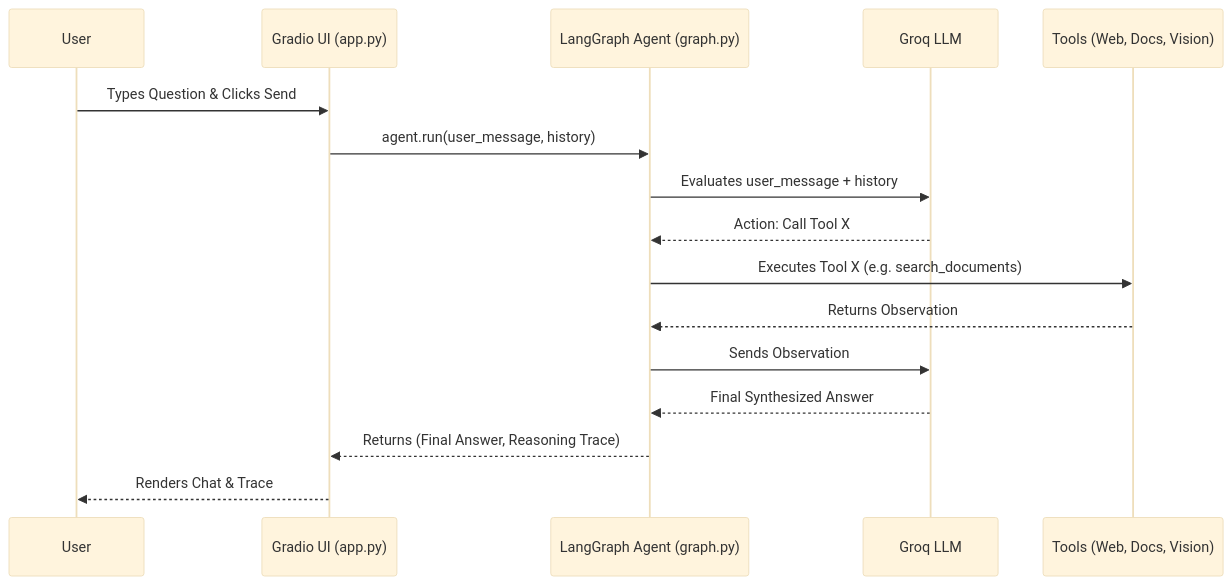
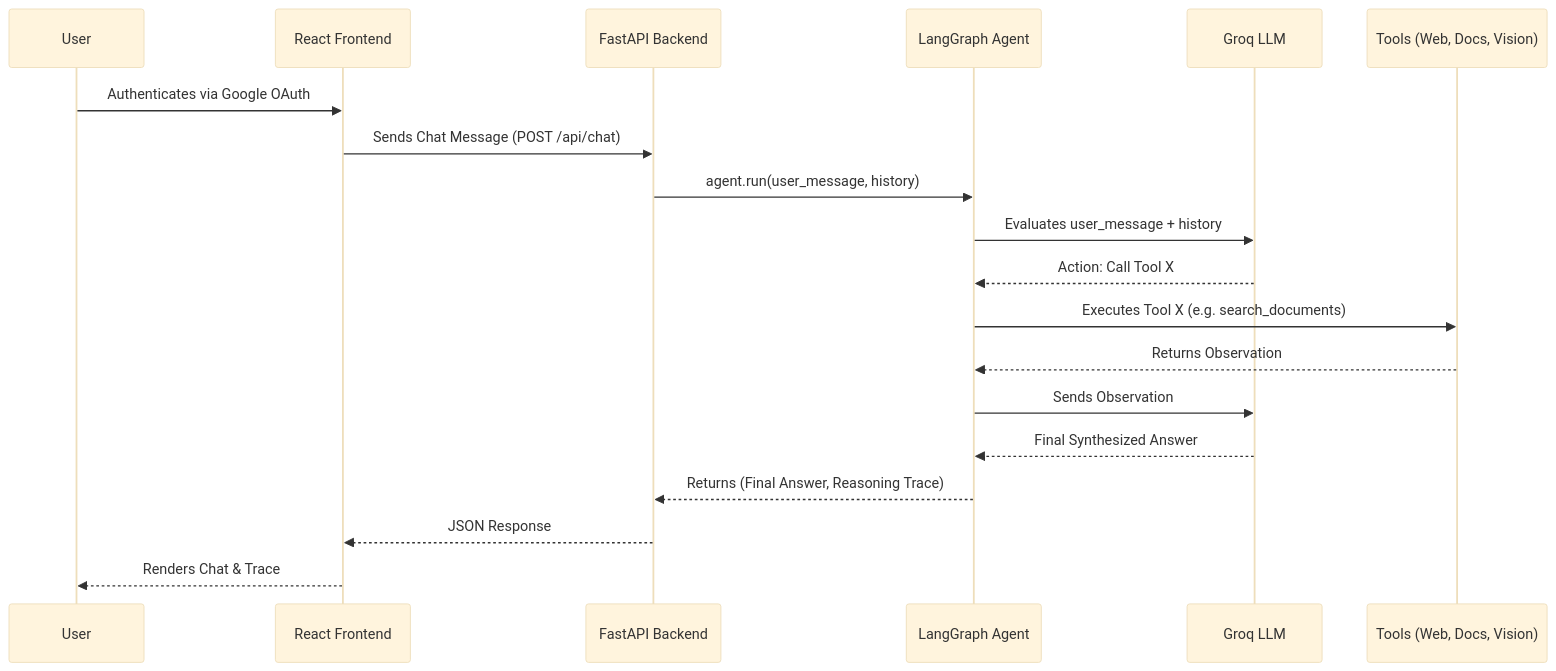
The diagram in Multimodal/multimodal_qa/docs/architecture/overview.md (Meetvirugama/GenAI), drawn with Mermaid (base theme) before and after one commit. The commit also changed other lines of this file and 14 other files, not shown here.

````diff
--- a/Multimodal/multimodal_qa/docs/architecture/overview.md
+++ b/Multimodal/multimodal_qa/docs/architecture/overview.md
@@ -10,19 +8,22 @@
 ```mermaid
 sequenceDiagram
     participant User
-    participant UI as Gradio UI (app.py)
-    participant Agent as LangGraph Agent (graph.py)
+    participant ReactUI as React Frontend
+    participant API as FastAPI Backend
+    participant Agent as LangGraph Agent
     participant Groq as Groq LLM
     participant Tools as Tools (Web, Docs, Vision)
     
-    User->>UI: Types Question & Clicks Send
-    UI->>Agent: agent.run(user_message, history)
+    User->>ReactUI: Authenticates via Google OAuth
+    ReactUI->>API: Sends Chat Message (POST /api/chat)
+    API->>Agent: agent.run(user_message, history)
     Agent->>Groq: Evaluates user_message + history
     Groq-->>Agent: Action: Call Tool X
     Agent->>Tools: Executes Tool X (e.g. search_documents)
     Tools-->>Agent: Returns Observation
     Agent->>Groq: Sends Observation
     Groq-->>Agent: Final Synthesized Answer
-    Agent-->>UI: Returns (Final Answer, Reasoning Trace)
-    UI-->>User: Renders Chat & Trace
+    Agent-->>API: Returns (Final Answer, Reasoning Trace)
+    API-->>ReactUI: JSON Response
+    ReactUI-->>User: Renders Chat & Trace
 ```
````
